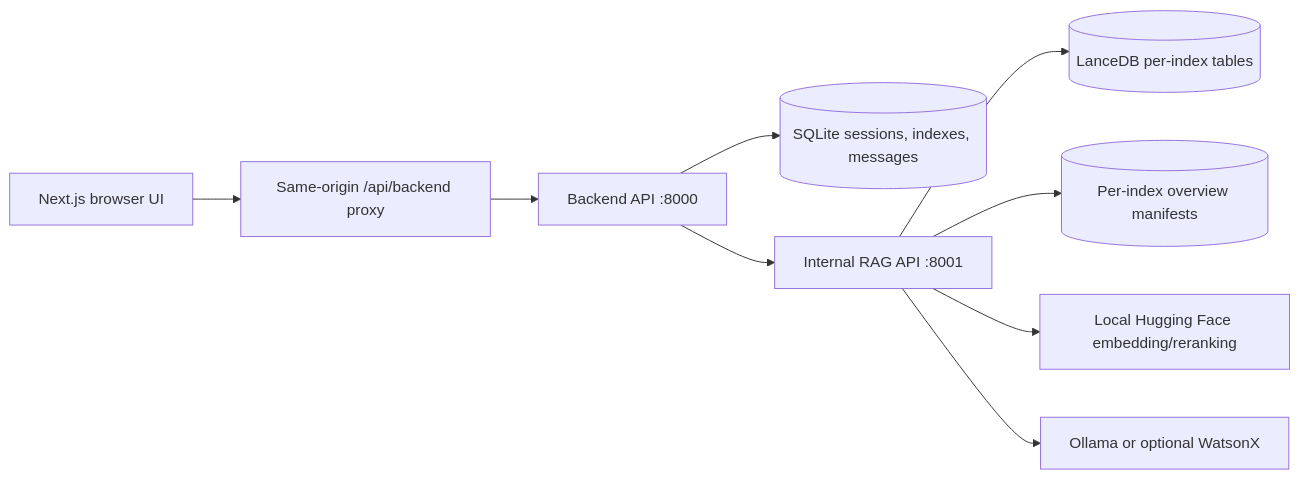
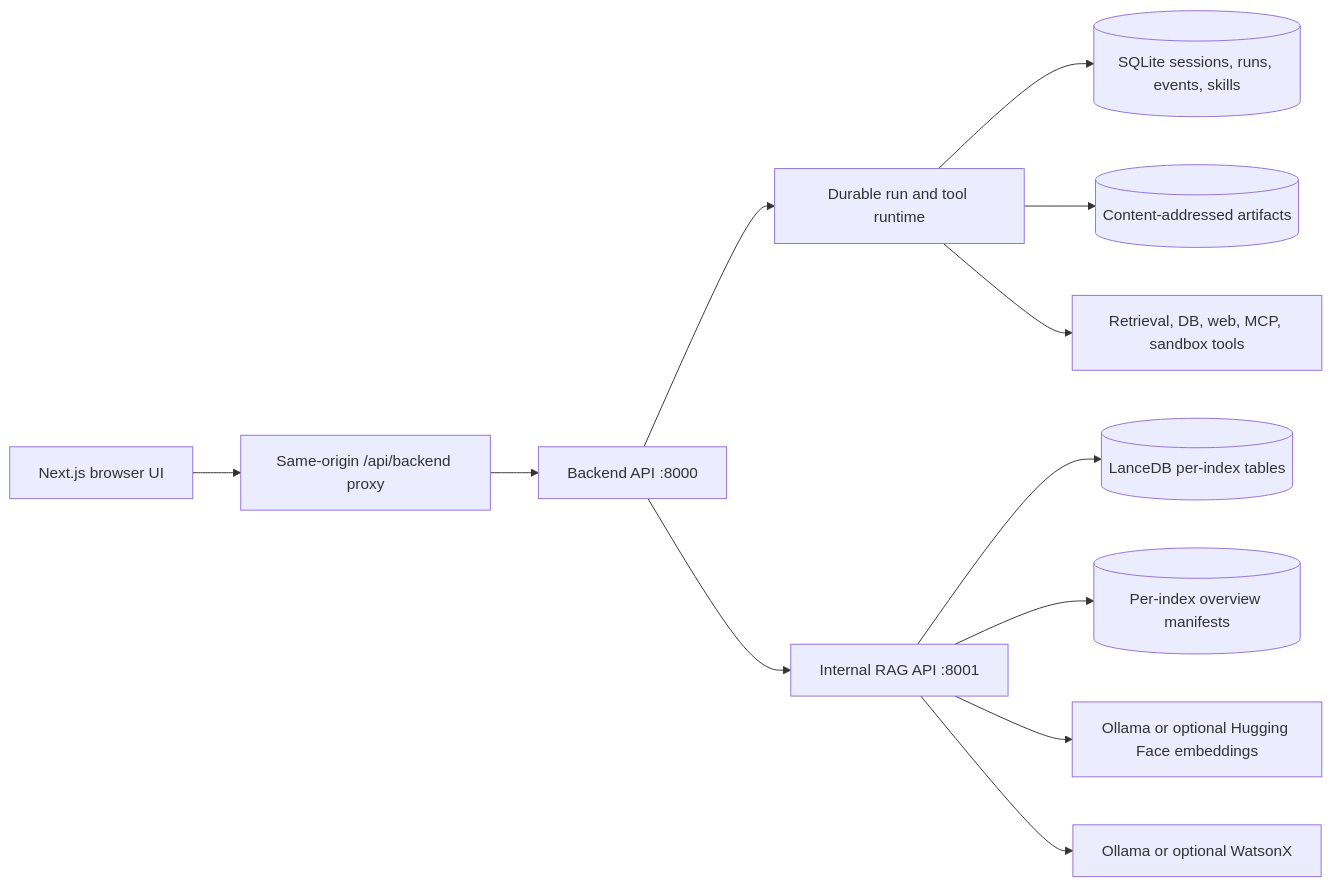
Before and after one commit to PromtEngineer/localGPT: the diagram in Documentation/architecture_overview.md, drawn with Mermaid. The commit also changed other lines of this file and 60 other files, not shown here.

Commit message:
feat: add durable agent and document runtime

````diff
--- a/Documentation/architecture_overview.md
+++ b/Documentation/architecture_overview.md
@@ -5,11 +5,14 @@
 ```mermaid
 flowchart LR
     Browser["Next.js browser UI"] --> Proxy["Same-origin /api/backend proxy"]
     Proxy --> Backend["Backend API :8000"]
-    Backend --> SQLite[("SQLite sessions, indexes, messages")]
+    Backend --> Runtime["Durable run and tool runtime"]
+    Runtime --> SQLite[("SQLite sessions, runs, events, skills")]
+    Runtime --> Artifacts[("Content-addressed artifacts")]
+    Runtime --> Tools["Retrieval, DB, web, MCP, sandbox tools"]
     Backend --> RAG["Internal RAG API :8001"]
     RAG --> Lance[("LanceDB per-index tables")]
     RAG --> Overviews[("Per-index overview manifests")]
-    RAG --> HF["Local Hugging Face embedding/reranking"]
+    RAG --> Embedding["Ollama or optional Hugging Face embeddings"]
     RAG --> Provider["Ollama or optional WatsonX"]
 ```
````
